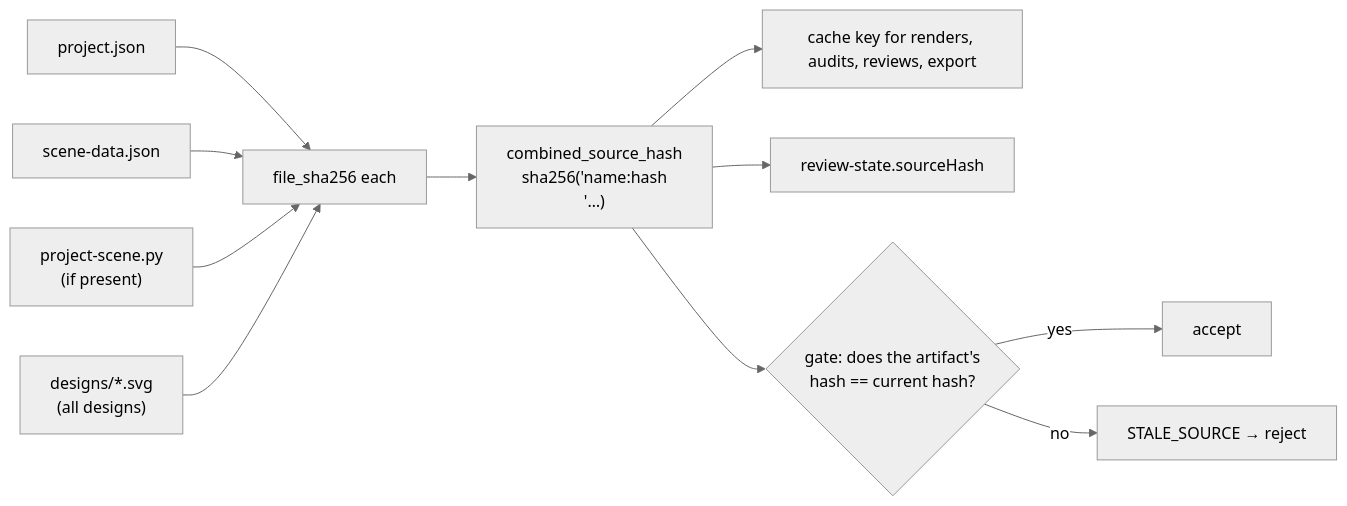
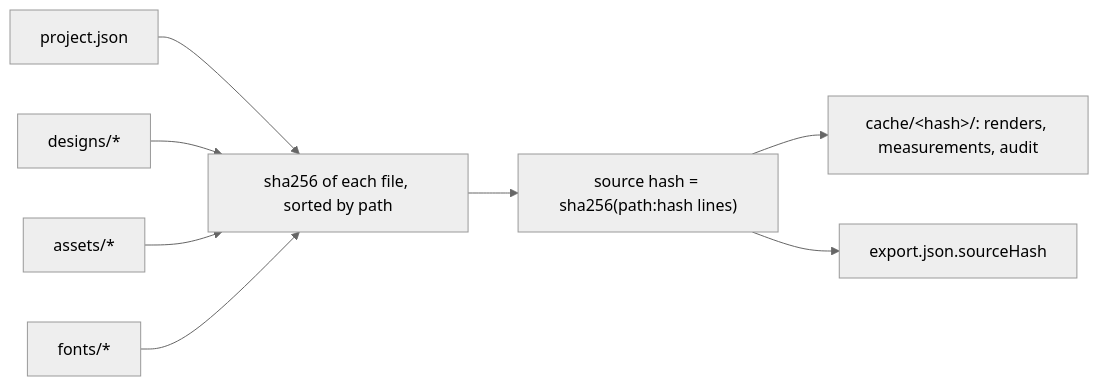
One commit to AvikArefin/xds changed the fifth of 5 diagrams in docs/dataflow.md. Above: the diagram before and after it, drawn with Mermaid (neutral theme). The commit also changed other lines of this file and 8 other files, not shown here.

First line of the commit message:
docs: rework architecture for v2

````diff
--- a/docs/dataflow.md
+++ b/docs/dataflow.md
@@ -404,13 +219,10 @@
 ```mermaid
 flowchart LR
-  PJ["project.json"] --> H["file_sha256 each"]
-  SD["scene-data.json"] --> H
-  PS["project-scene.py<br/>(if present)"] --> H
-  DS["designs/*.svg<br/>(all designs)"] --> H
-  H --> CH["combined_source_hash<br/>sha256('name:hash\n'…)"]
-  CH --> K["cache key for renders, audits, reviews, export"]
-  CH --> RS["review-state.sourceHash"]
-  CH --> G{"gate: does the artifact's<br/>hash == current hash?"}
-  G -->|yes| OK["accept"]
-  G -->|no| Stale["STALE_SOURCE → reject"]
+  PJ["project.json"] --> H["sha256 of each file, sorted by path"]
+  DS["designs/*"] --> H
+  AS["assets/*"] --> H
+  FT["fonts/*"] --> H
+  H --> SH["source hash = sha256(path:hash lines)"]
+  SH --> K["cache/&lt;hash&gt;/: renders, measurements, audit"]
+  SH --> E["export.json.sourceHash"]
 ```
````
